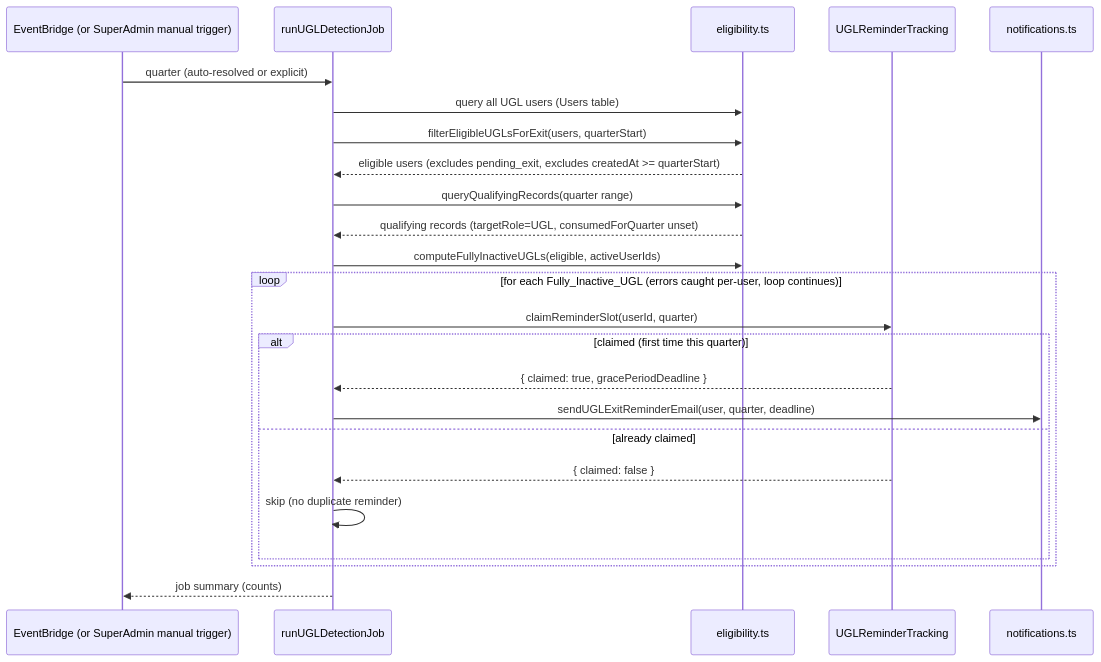
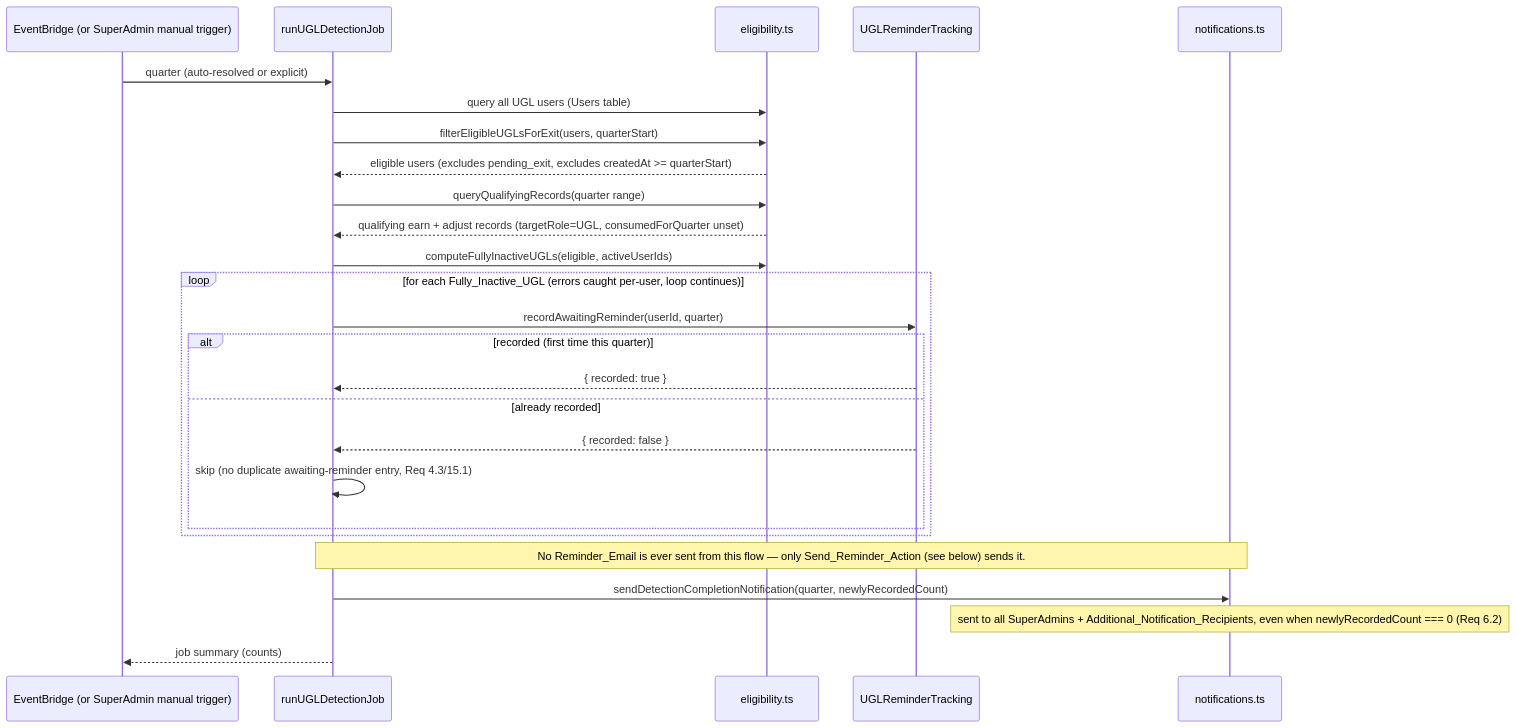
One commit to cnusergroup/ug-point-store changed the second of 4 diagrams in .kiro/specs/ugl-inactivity-exit-flow/design.md. Above: the diagram before and after it, drawn with Mermaid. The commit also changed other lines of this file and 106 other files, not shown here.

Commit message:
feat: special award adjust, nickname change, UGL exit flow, announcements

````diff
--- a/.kiro/specs/ugl-inactivity-exit-flow/design.md
+++ b/.kiro/specs/ugl-inactivity-exit-flow/design.md
@@ -89,27 +104,29 @@
 ```mermaid
 sequenceDiagram
     participant EB as EventBridge (or SuperAdmin manual trigger)
     participant DJ as runUGLDetectionJob
     participant ELIG as eligibility.ts
     participant Track as UGLReminderTracking
     participant Email as notifications.ts
 
     EB->>DJ: quarter (auto-resolved or explicit)
     DJ->>ELIG: query all UGL users (Users table)
     DJ->>ELIG: filterEligibleUGLsForExit(users, quarterStart)
     ELIG-->>DJ: eligible users (excludes pending_exit, excludes createdAt >= quarterStart)
     DJ->>ELIG: queryQualifyingRecords(quarter range)
-    ELIG-->>DJ: qualifying records (targetRole=UGL, consumedForQuarter unset)
+    ELIG-->>DJ: qualifying earn + adjust records (targetRole=UGL, consumedForQuarter unset)
     DJ->>ELIG: computeFullyInactiveUGLs(eligible, activeUserIds)
     loop for each Fully_Inactive_UGL (errors caught per-user, loop continues)
-        DJ->>Track: claimReminderSlot(userId, quarter)
-        alt claimed (first time this quarter)
-            Track-->>DJ: { claimed: true, gracePeriodDeadline }
-            DJ->>Email: sendUGLExitReminderEmail(user, quarter, deadline)
-        else already claimed
-            Track-->>DJ: { claimed: false }
-            DJ->>DJ: skip (no duplicate reminder)
+        DJ->>Track: recordAwaitingReminder(userId, quarter)
+        alt recorded (first time this quarter)
+            Track-->>DJ: { recorded: true }
+        else already recorded
+            Track-->>DJ: { recorded: false }
+            DJ->>DJ: skip (no duplicate awaiting-reminder entry, Req 4.3/15.1)
         end
     end
+    Note over DJ,Email: No Reminder_Email is ever sent from this flow — only Send_Reminder_Action (see below) sends it.
+    DJ->>Email: sendDetectionCompletionNotification(quarter, newlyRecordedCount)
+    Note over Email: sent to all SuperAdmins + Additional_Notification_Recipients, even when newlyRecordedCount === 0 (Req 6.2)
     DJ-->>EB: job summary (counts)
 ```
````
